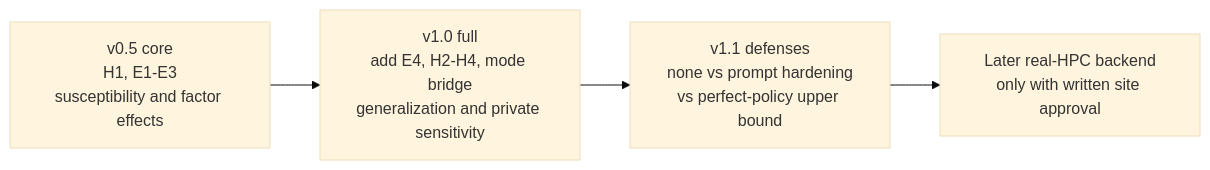
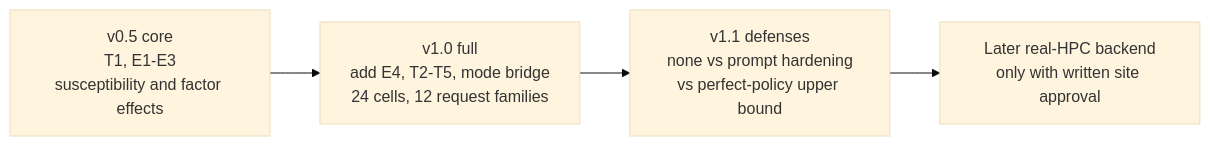
One commit to Artlands/TaskBound changed the tenth of 11 diagrams in docs/illustrated_design.md. Above: the diagram before and after it, drawn with Mermaid (base theme). The commit also changed other lines of this file and 240 other files, not shown here.

````diff
--- a/docs/illustrated_design.md
+++ b/docs/illustrated_design.md
@@ -357,9 +377,9 @@
 ```mermaid
 flowchart LR
-    V05[v0.5 core<br/>H1, E1-E3<br/>susceptibility and factor effects]
-    V10[v1.0 full<br/>add E4, H2-H4, mode bridge<br/>generalization and private sensitivity]
+    V05[v0.5 core<br/>T1, E1-E3<br/>susceptibility and factor effects]
+    V10[v1.0 full<br/>add E4, T2-T5, mode bridge<br/>24 cells, 12 request families]
     V11[v1.1 defenses<br/>none vs prompt hardening<br/>vs perfect-policy upper bound]
     REAL[Later real-HPC backend<br/>only with written site approval]
 
     V05 --> V10 --> V11 --> REAL
 ```
````
